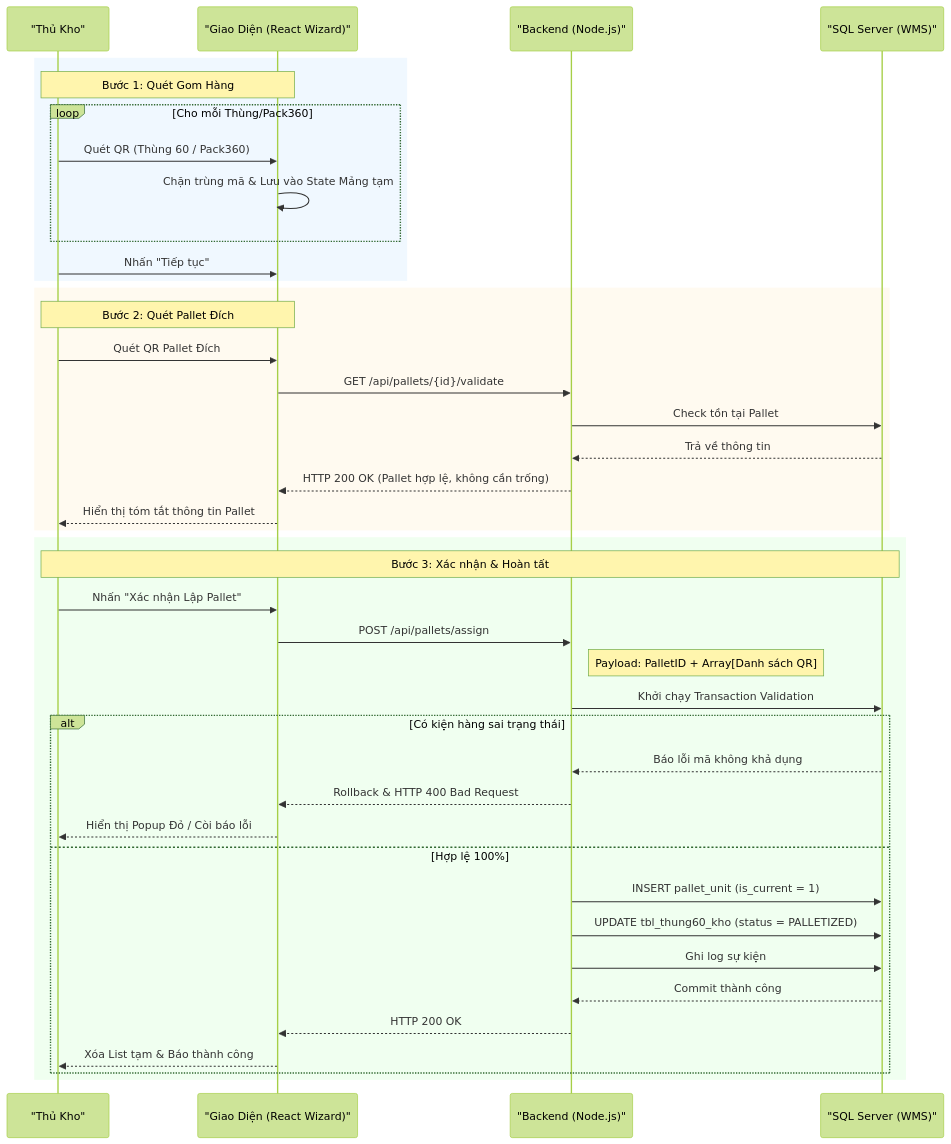
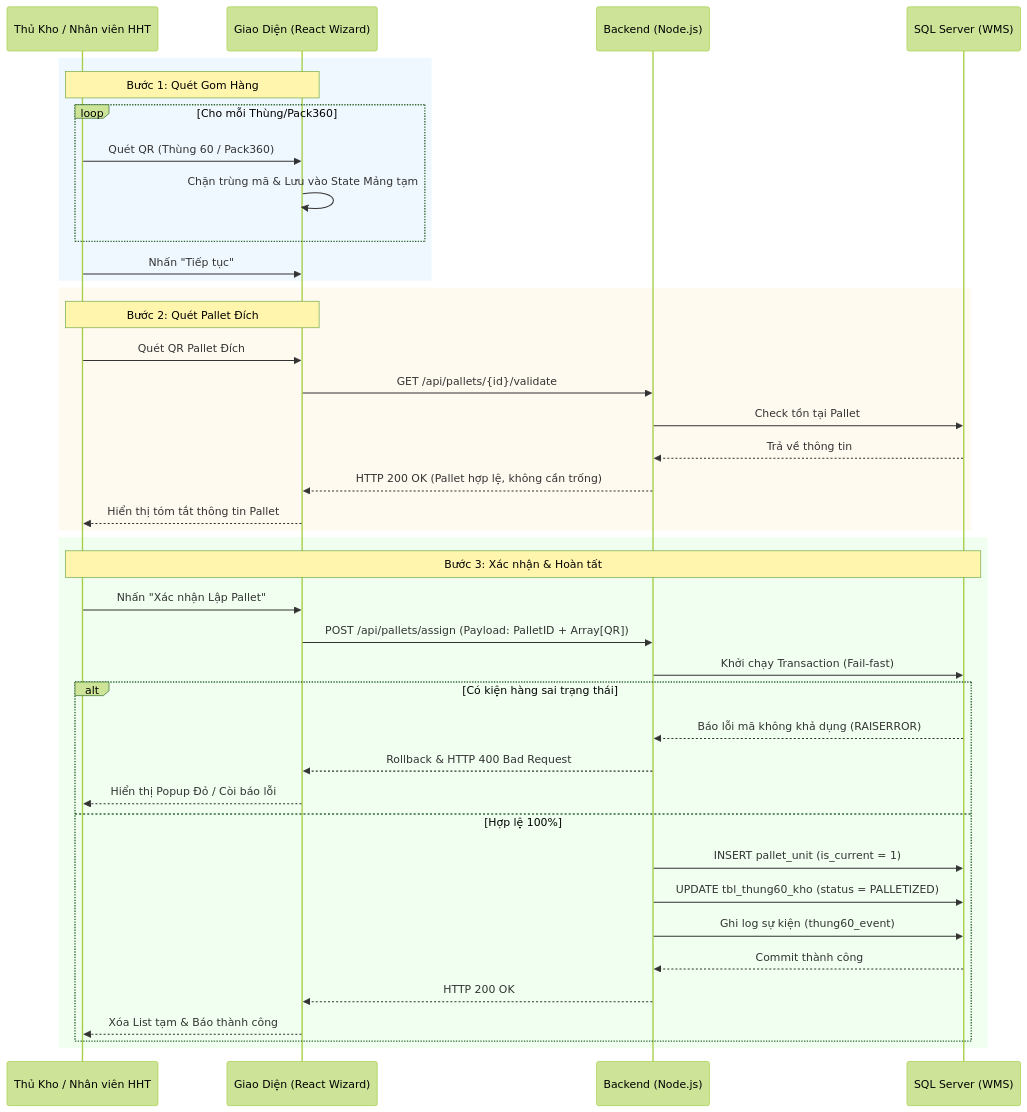
Before and after one commit to Sohoa-KNSG/wms1: the first of 3 diagrams in 02_Process_UseCase/UC06_Palletizing.md, drawn with Mermaid (forest theme). The commit also changed other lines of this file, not shown here.

````diff
--- a/02_Process_UseCase/UC06_Palletizing.md
+++ b/02_Process_UseCase/UC06_Palletizing.md
@@ -87,47 +73,46 @@
 ```mermaid
 sequenceDiagram
-    participant TK as "Thủ Kho"
-    participant UI as "Giao Diện (React Wizard)"
-    participant API as "Backend (Node.js)"
-    participant DB as "SQL Server (WMS)"
+    participant TK as Thủ Kho / Nhân viên HHT
+    participant UI as Giao Diện (React Wizard)
+    participant API as Backend (Node.js)
+    participant DB as SQL Server (WMS)
 
     rect rgb(240, 248, 255)
     Note over TK,UI: Bước 1: Quét Gom Hàng
     loop Cho mỗi Thùng/Pack360
         TK->>UI: Quét QR (Thùng 60 / Pack360)
         UI->>UI: Chặn trùng mã & Lưu vào State Mảng tạm
     end
     TK->>UI: Nhấn "Tiếp tục"
     end
     
     rect rgb(255, 250, 240)
     Note over TK,UI: Bước 2: Quét Pallet Đích
     TK->>UI: Quét QR Pallet Đích
     UI->>API: GET /api/pallets/{id}/validate
     API->>DB: Check tồn tại Pallet
     DB-->>API: Trả về thông tin
     API-->>UI: HTTP 200 OK (Pallet hợp lệ, không cần trống)
     UI-->>TK: Hiển thị tóm tắt thông tin Pallet
     end
     
     rect rgb(240, 255, 240)
     Note over TK,DB: Bước 3: Xác nhận & Hoàn tất
     TK->>UI: Nhấn "Xác nhận Lập Pallet"
-    UI->>API: POST /api/pallets/assign
+    UI->>API: POST /api/pallets/assign (Payload: PalletID + Array[QR])
     
-    Note right of API: Payload: PalletID + Array[Danh sách QR]
-    API->>DB: Khởi chạy Transaction Validation
+    API->>DB: Khởi chạy Transaction (Fail-fast)
     alt Có kiện hàng sai trạng thái
-        DB-->>API: Báo lỗi mã không khả dụng
+        DB-->>API: Báo lỗi mã không khả dụng (RAISERROR)
         API-->>UI: Rollback & HTTP 400 Bad Request
         UI-->>TK: Hiển thị Popup Đỏ / Còi báo lỗi
     else Hợp lệ 100%
         API->>DB: INSERT pallet_unit (is_current = 1)
         API->>DB: UPDATE tbl_thung60_kho (status = PALLETIZED)
-        API->>DB: Ghi log sự kiện
+        API->>DB: Ghi log sự kiện (thung60_event)
         DB-->>API: Commit thành công
         API-->>UI: HTTP 200 OK
         UI-->>TK: Xóa List tạm & Báo thành công
     end
     end
 ```
````
